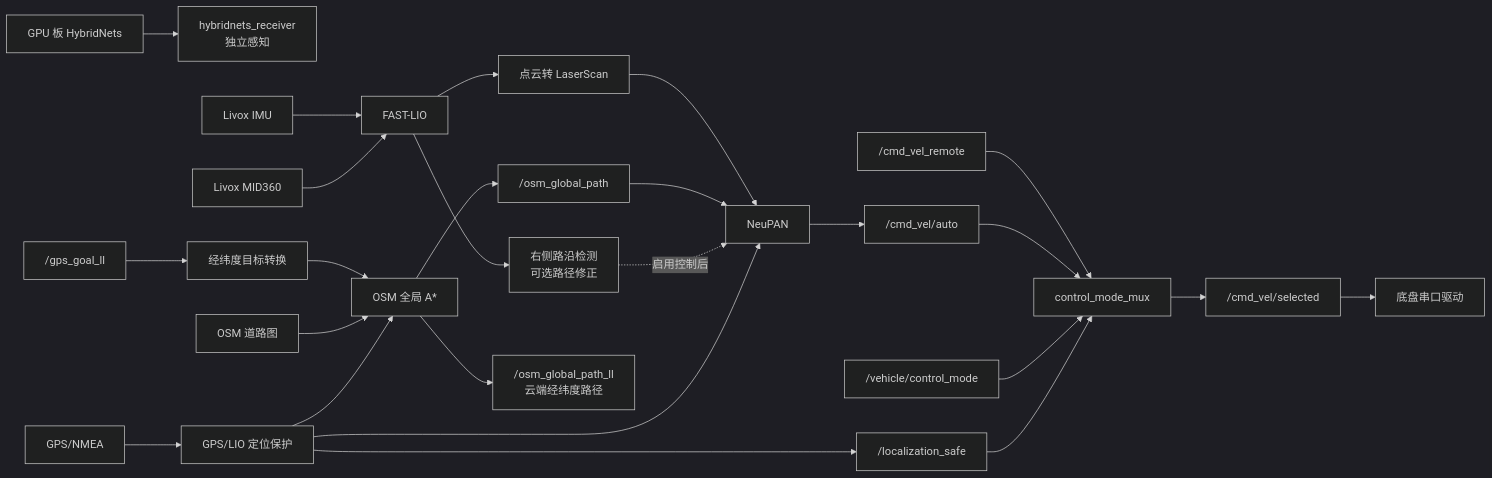
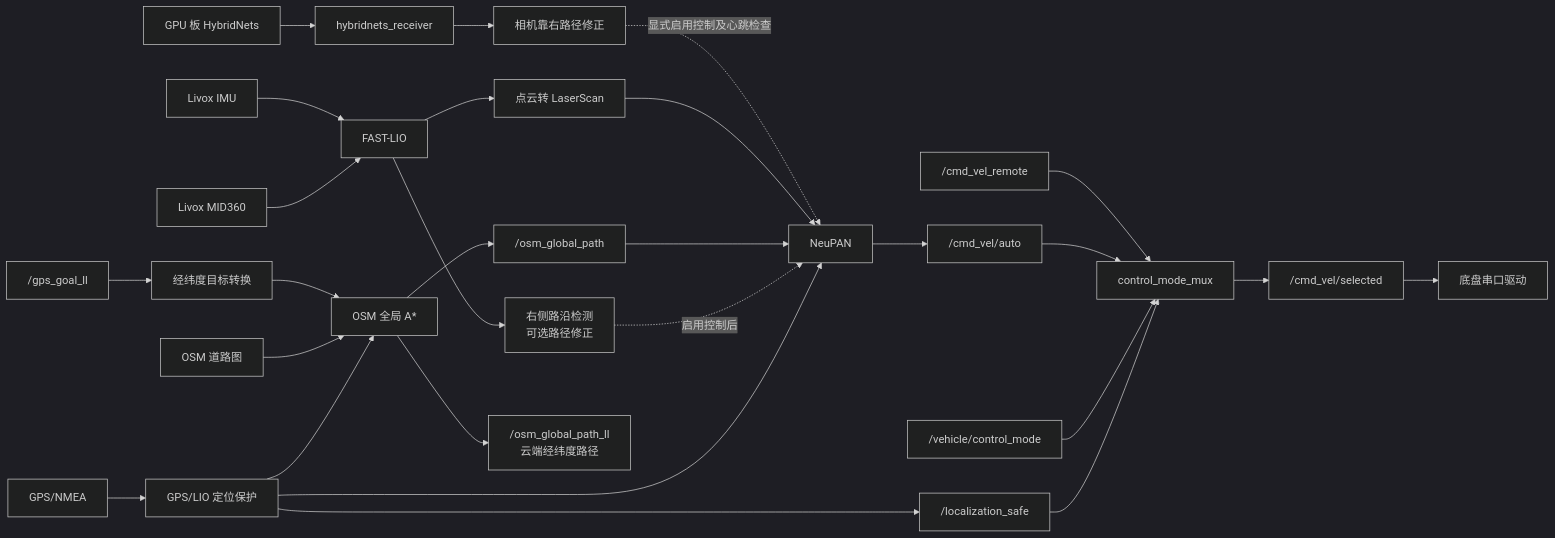
Before and after one commit to pecksn/neupan_ws: the diagram in PROJECT_ANALYSIS_CN.md, drawn with Mermaid (dark theme). The commit also changed other lines of this file, not shown here.

````diff
--- a/PROJECT_ANALYSIS_CN.md
+++ b/PROJECT_ANALYSIS_CN.md
@@ -13,27 +25,29 @@
 ```mermaid
 flowchart LR
-    GPU[GPU 板 HybridNets] --> RX[hybridnets_receiver<br/>独立感知]
+    GPU[GPU 板 HybridNets] --> RX[hybridnets_receiver]
+    RX --> CAM[相机靠右路径修正]
+    CAM -. 显式启用控制及心跳检查 .-> NP
     GPS[GPS/NMEA] --> LOC[GPS/LIO 定位保护]
     IMU[Livox IMU] --> LIO[FAST-LIO]
     LIDAR[Livox MID360] --> LIO
     LIO --> SCAN[点云转 LaserScan]
     LIO --> CURB[右侧路沿检测<br/>可选路径修正]
     GOAL["/gps_goal_ll"] --> BRIDGE[经纬度目标转换]
     BRIDGE --> ASTAR[OSM 全局 A*]
     MAP[OSM 道路图] --> ASTAR
     LOC --> ASTAR
     ASTAR --> PATH["/osm_global_path"]
     ASTAR --> PATHLL["/osm_global_path_ll<br/>云端经纬度路径"]
     SCAN --> NP[NeuPAN]
     PATH --> NP
     CURB -. 启用控制后 .-> NP
     LOC --> NP
     NP --> AUTO["/cmd_vel/auto"]
     REMOTE["/cmd_vel_remote"] --> MUX[control_mode_mux]
     AUTO --> MUX
     MODE["/vehicle/control_mode"] --> MUX
     LOC --> SAFE["/localization_safe"]
     SAFE --> MUX
     MUX --> SELECTED["/cmd_vel/selected"]
     SELECTED --> BASE[底盘串口驱动]
 ```
````
